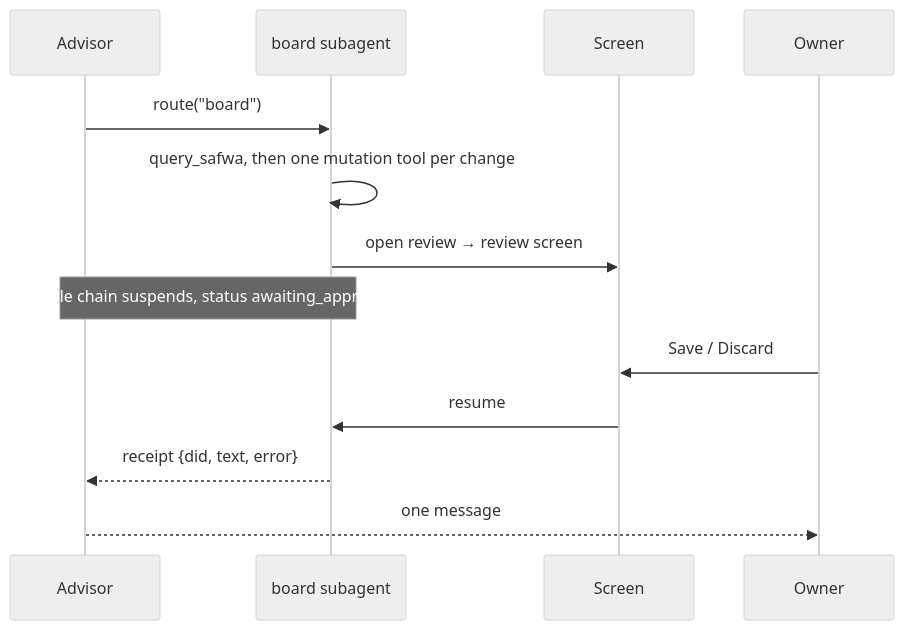
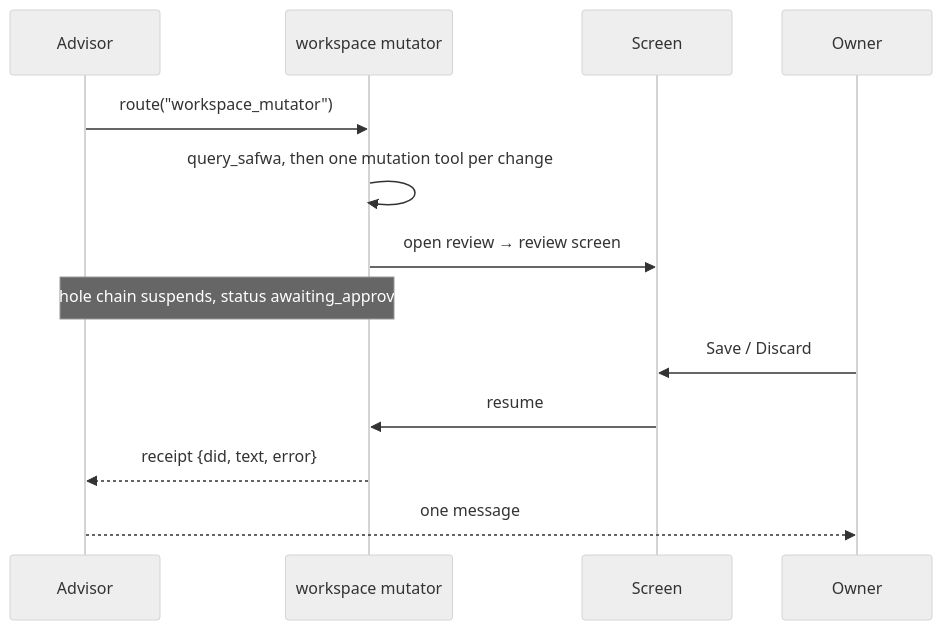
Before and after one commit to myvaheed/tg-ai-safwa: the third of 10 diagrams in docs/AGENT_ARCH.md, drawn with Mermaid (neutral theme). The commit also changed other lines of this file and 79 other files, not shown here.

````diff
--- a/docs/AGENT_ARCH.md
+++ b/docs/AGENT_ARCH.md
@@ -149,15 +149,15 @@
 ```mermaid
 sequenceDiagram
     participant A as Advisor
-    participant B as board subagent
+    participant B as workspace mutator
     participant S as Screen
     participant O as Owner
-    A->>B: route("board")
+    A->>B: route("workspace_mutator")
     B->>B: query_safwa, then one mutation tool per change
     B->>S: open review → review screen
     Note over A,B: whole chain suspends, status awaiting_approval
     O->>S: Save / Discard
     S->>B: resume
     B-->>A: receipt {did, text, error}
     A-->>O: one message
 ```
````
